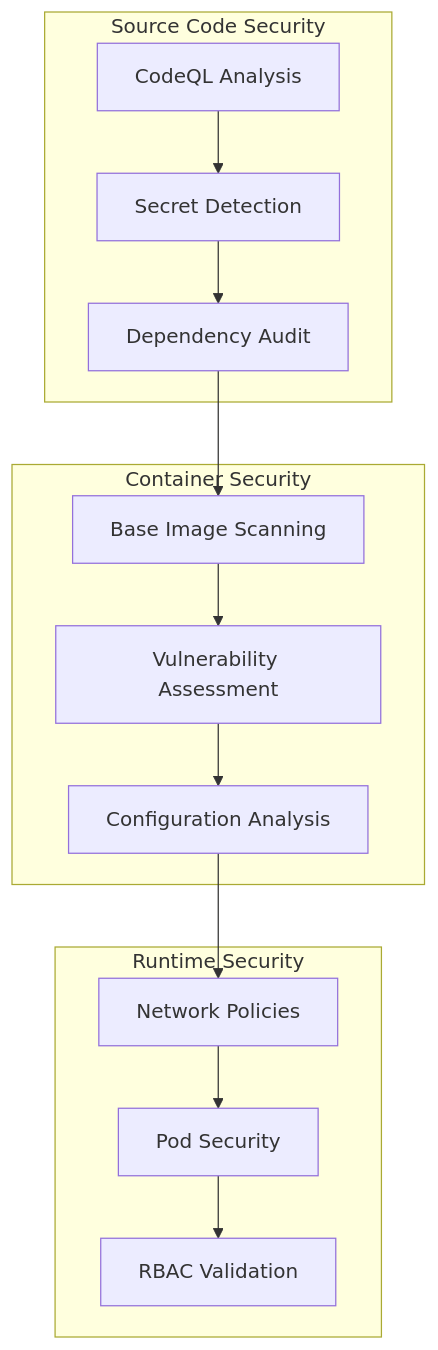
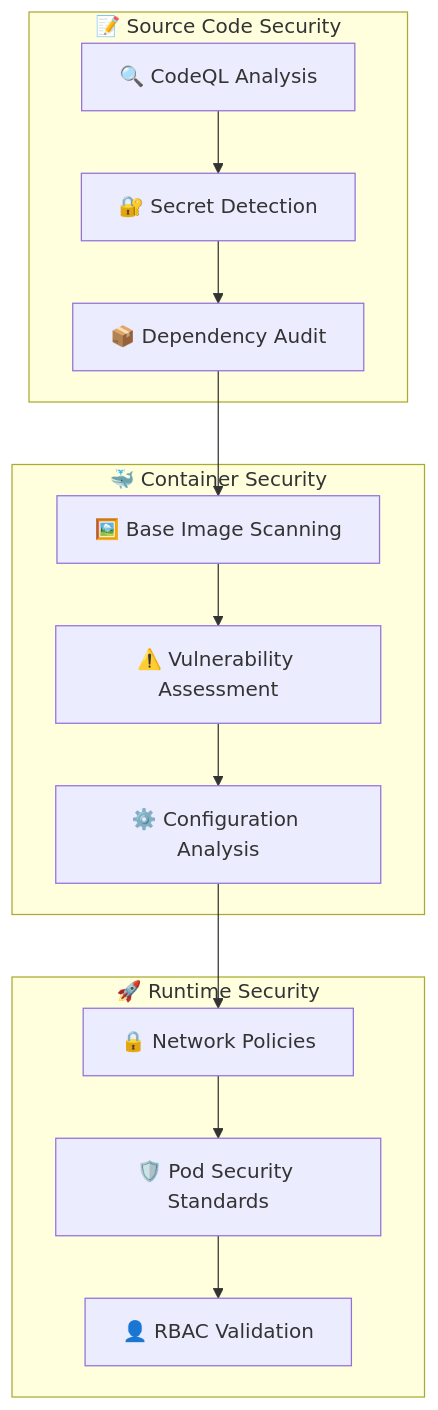
The fifth of 6 diagrams in Docs/ci-cd/pipeline-architecture.md (ribatshepo/WorkFlowOchestrator), drawn with Mermaid before and after one commit. The commit also changed other lines of this file and 3 other files, not shown here.

First line of the commit message:
Enhance CI/CD Documentation and Architecture

````diff
--- a/Docs/ci-cd/pipeline-architecture.md
+++ b/Docs/ci-cd/pipeline-architecture.md
@@ -257,20 +275,20 @@
 ```mermaid
 graph TB
-    subgraph "Source Code Security"
-        A[CodeQL Analysis] --> B[Secret Detection]
-        B --> C[Dependency Audit]
+    subgraph "📝 Source Code Security"
+        A[🔍 CodeQL Analysis] --> B[🔐 Secret Detection]
+        B --> C[📦 Dependency Audit]
     end
     
-    subgraph "Container Security"
-        D[Base Image Scanning] --> E[Vulnerability Assessment]
-        E --> F[Configuration Analysis]
+    subgraph "🐳 Container Security"
+        D[🖼️ Base Image Scanning] --> E[⚠️ Vulnerability Assessment]
+        E --> F[⚙️ Configuration Analysis]
     end
     
-    subgraph "Runtime Security"
-        G[Network Policies] --> H[Pod Security]
-        H --> I[RBAC Validation]
+    subgraph "🚀 Runtime Security"
+        G[🔒 Network Policies] --> H[🛡️ Pod Security Standards]
+        H --> I[👤 RBAC Validation]
     end
     
     C --> D
     F --> G
 ```
````
